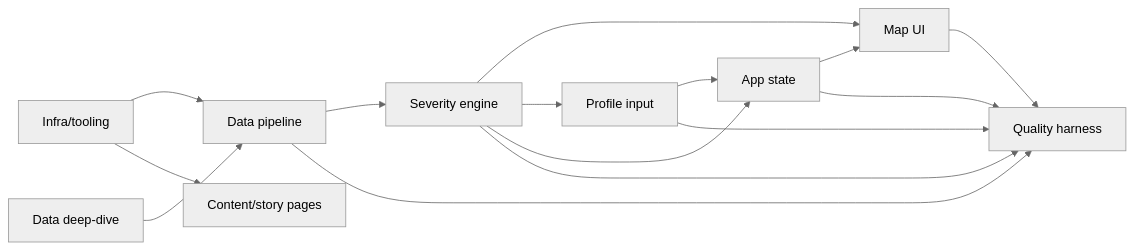
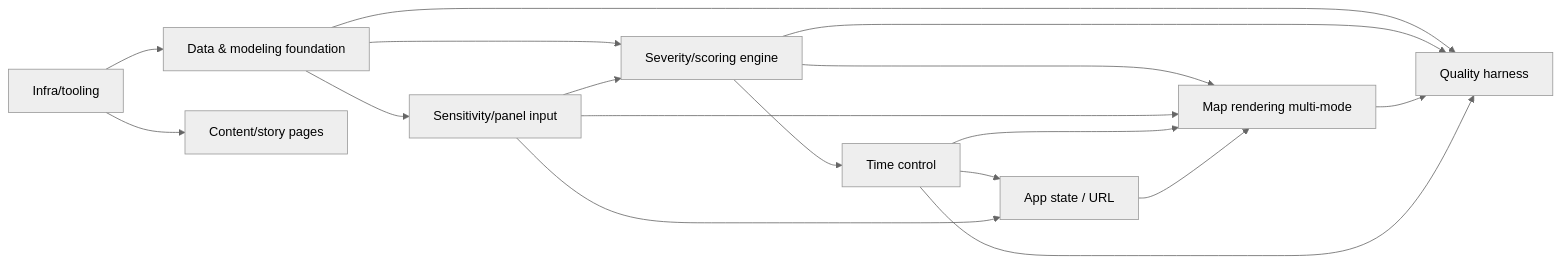
Before and after one commit to mdostal/allergy-locator: the diagram in .pHive/epics/allergy-map-mvp/docs/horizontal-plan.md, drawn with Mermaid (neutral theme). The commit also changed other lines of this file and 24 other files, not shown here.

First line of the commit message:
Re-plan round 3: comprehensive, data-driven, two-mode allergen map + time dimension

````diff
--- a/.pHive/epics/allergy-map-mvp/docs/horizontal-plan.md
+++ b/.pHive/epics/allergy-map-mvp/docs/horizontal-plan.md
@@ -78,19 +76,21 @@
 ```mermaid
 graph LR
-  accTitle: Horizontal layer dependencies
-  accDescr: Data flows from infra and data pipeline through the severity engine into the UI, with content and quality as semi-independent layers
-  L1[Infra/tooling] --> L2[Data pipeline]
-  L2b[Data deep-dive] --> L2
-  L2 --> L3[Severity engine]
-  L3 --> L4[Map UI]
-  L3 --> L5[Profile input]
-  L5 --> L6[App state]
-  L3 --> L6
+  accTitle: Horizontal layer dependencies (round 3 scope)
+  accDescr: Data and modeling feed the severity engine, which feeds rendering and time control; sensitivity input and time control feed app state; content and quality are semi-independent
+  L1[Infra/tooling] --> L2[Data & modeling foundation]
+  L2 --> L3[Severity/scoring engine]
+  L3 --> L4[Map rendering multi-mode]
+  L3 --> L5[Time control]
+  L2 --> L6[Sensitivity/panel input]
+  L6 --> L3
   L6 --> L4
-  L1 --> L7[Content/story pages]
-  L2 --> L8[Quality harness]
-  L3 --> L8
-  L4 --> L8
-  L5 --> L8
-  L6 --> L8
+  L5 --> L4
+  L5 --> L7[App state / URL]
+  L6 --> L7
+  L7 --> L4
+  L1 --> L8[Content/story pages]
+  L2 --> L9[Quality harness]
+  L3 --> L9
+  L4 --> L9
+  L5 --> L9
 ```
````
